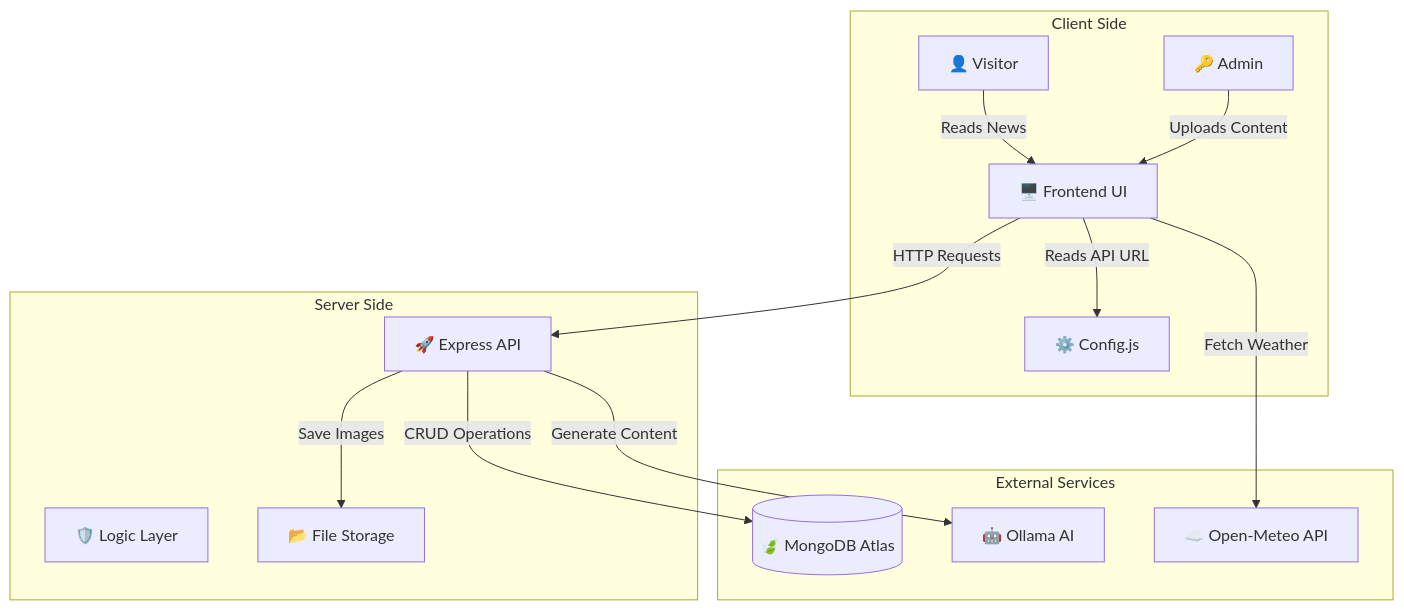
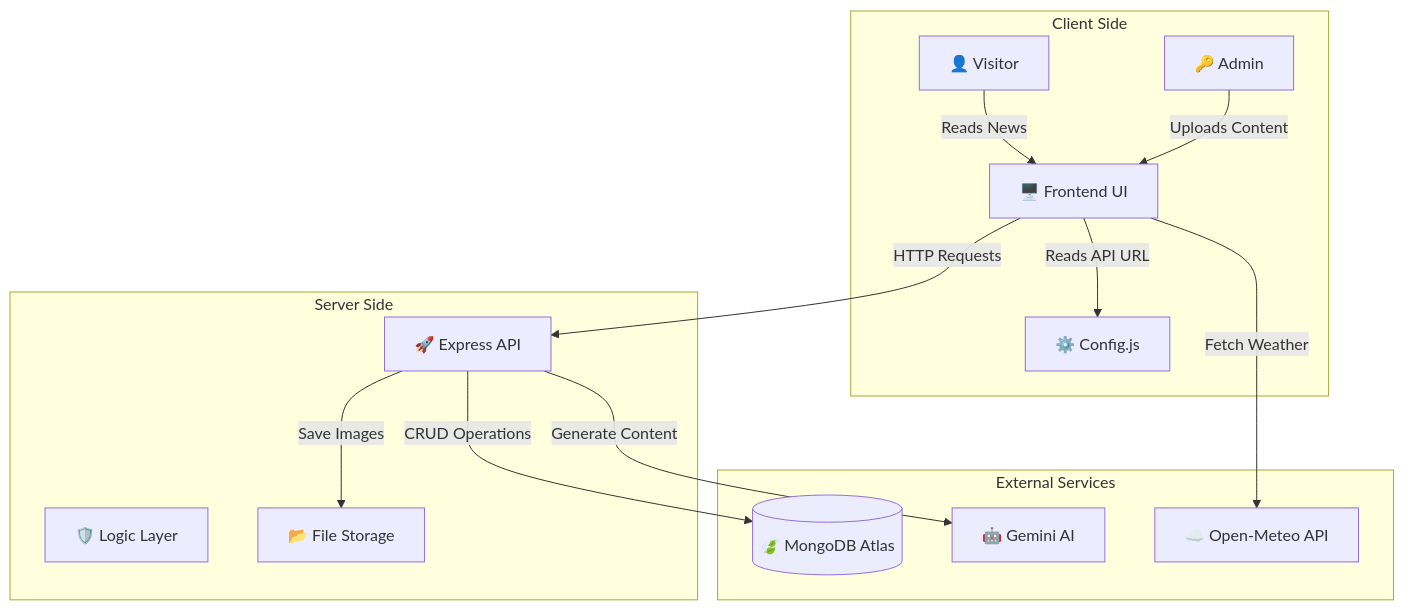
Before and after one commit to AdityaaTyagi56/Full-Stack_Website: the diagram in README.md, drawn with Mermaid. The commit also changed other lines of this file, not shown here.

Commit message:
Replace Ollama with Gemini in README

````diff
--- a/README.md
+++ b/README.md
@@ -25,30 +25,30 @@
 ```mermaid
 graph TD
     subgraph Client Side
         Visitor[👤 Visitor]
         Admin[🔑 Admin]
         UI[🖥️ Frontend UI]
         Config[⚙️ Config.js]
     end
 
     subgraph Server Side
         API[🚀 Express API]
         Auth[🛡️ Logic Layer]
         Uploads[📂 File Storage]
     end
 
     subgraph External Services
         DB[(🍃 MongoDB Atlas)]
-        AI[🤖 Ollama AI]
+        AI[🤖 Gemini AI]
         Weather[☁️ Open-Meteo API]
     end
 
     Visitor -->|Reads News| UI
     Admin -->|Uploads Content| UI
     UI -->|Reads API URL| Config
     UI -->|HTTP Requests| API
     API -->|CRUD Operations| DB
     API -->|Generate Content| AI
     API -->|Save Images| Uploads
     UI -->|Fetch Weather| Weather
 ```
````
